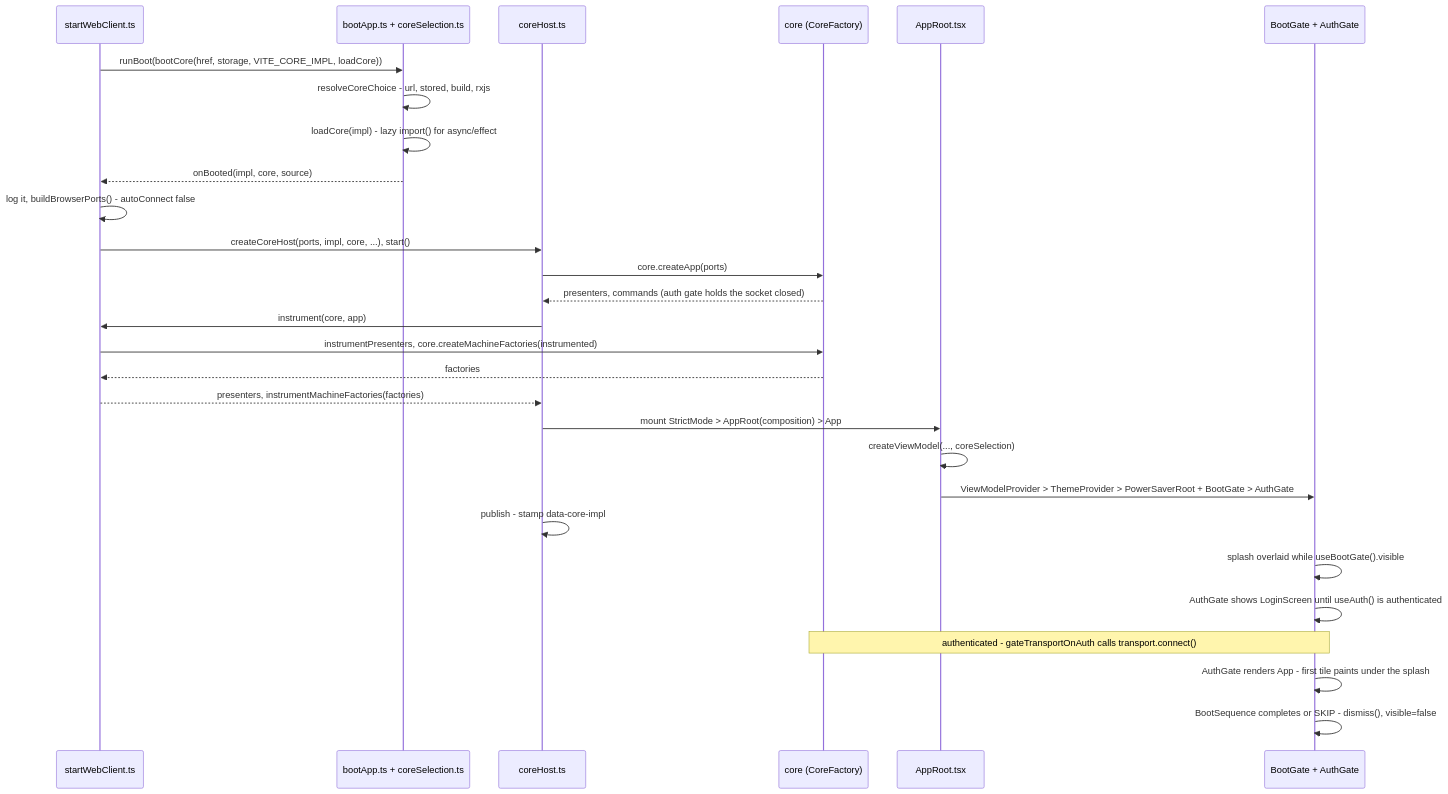
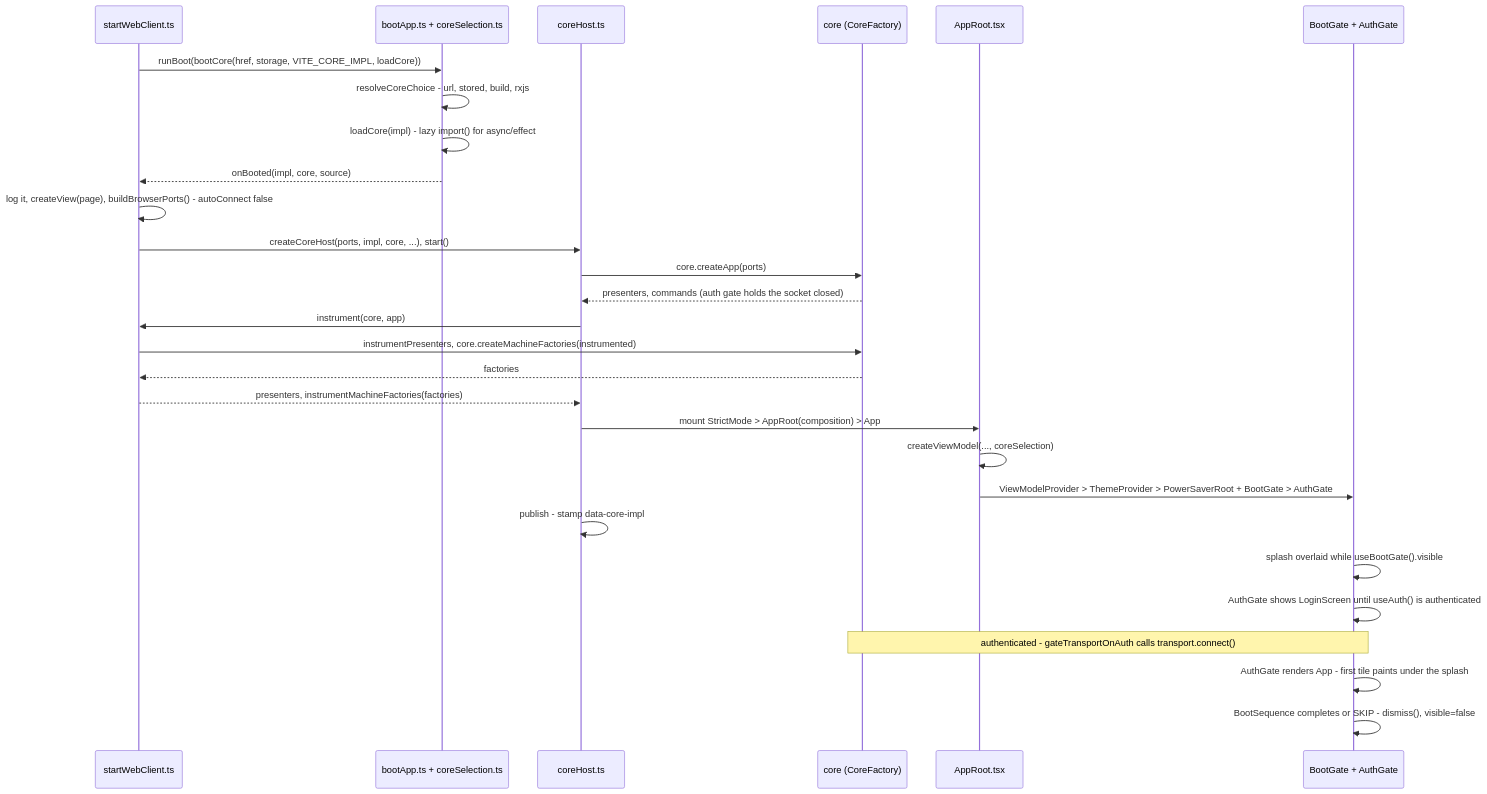
Before and after one commit to bettersoftware-io/ReactiveTraderCloudClone: the second of 4 diagrams in docs/architecture/14-composition-and-wiring.md, drawn with Mermaid. The commit also changed 16 other files, not shown here.

````diff
--- a/docs/architecture/14-composition-and-wiring.md
+++ b/docs/architecture/14-composition-and-wiring.md
@@ -130,31 +130,31 @@
 ```mermaid
 sequenceDiagram
     participant M as startWebClient.ts
     participant BC as bootApp.ts + coreSelection.ts
     participant H as coreHost.ts
     participant C as core (CoreFactory)
     participant AR as AppRoot.tsx
     participant G as BootGate + AuthGate
 
     M->>BC: runBoot(bootCore(href, storage, VITE_CORE_IMPL, loadCore))
     BC->>BC: resolveCoreChoice - url, stored, build, rxjs
     BC->>BC: loadCore(impl) - lazy import() for async/effect
     BC-->>M: onBooted(impl, core, source)
-    M->>M: log it, buildBrowserPorts() - autoConnect false
+    M->>M: log it, createView(page), buildBrowserPorts() - autoConnect false
     M->>H: createCoreHost(ports, impl, core, ...), start()
     H->>C: core.createApp(ports)
     C-->>H: presenters, commands (auth gate holds the socket closed)
     H->>M: instrument(core, app)
     M->>C: instrumentPresenters, core.createMachineFactories(instrumented)
     C-->>M: factories
     M-->>H: presenters, instrumentMachineFactories(factories)
     H->>AR: mount StrictMode > AppRoot(composition) > App
     AR->>AR: createViewModel(..., coreSelection)
     AR->>G: ViewModelProvider > ThemeProvider > PowerSaverRoot + BootGate > AuthGate
     H->>H: publish - stamp data-core-impl
     G->>G: splash overlaid while useBootGate().visible
     G->>G: AuthGate shows LoginScreen until useAuth() is authenticated
     Note over C,G: authenticated - gateTransportOnAuth calls transport.connect()
     G->>G: AuthGate renders App - first tile paints under the splash
     G->>G: BootSequence completes or SKIP - dismiss(), visible=false
 ```
````
